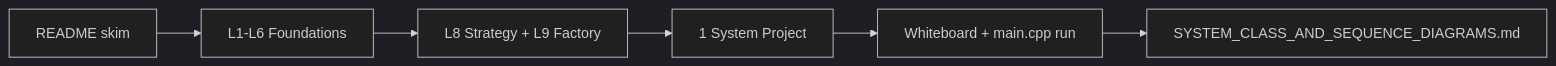
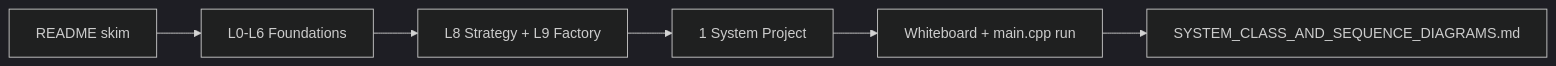
Before and after one commit to subhm2004/LLD: the second of 3 diagrams in README.md, drawn with Mermaid (dark theme). The commit also changed other lines of this file and 135 other files, not shown here.

````diff
--- a/README.md
+++ b/README.md
@@ -116,8 +116,8 @@
 ```mermaid
 flowchart LR
-    A[README skim] --> B[L1-L6 Foundations]
+    A[README skim] --> B[L0-L6 Foundations]
     B --> C[L8 Strategy + L9 Factory]
     C --> D[1 System Project]
     D --> E[Whiteboard + main.cpp run]
     E --> F[SYSTEM_CLASS_AND_SEQUENCE_DIAGRAMS.md]
 ```
````
